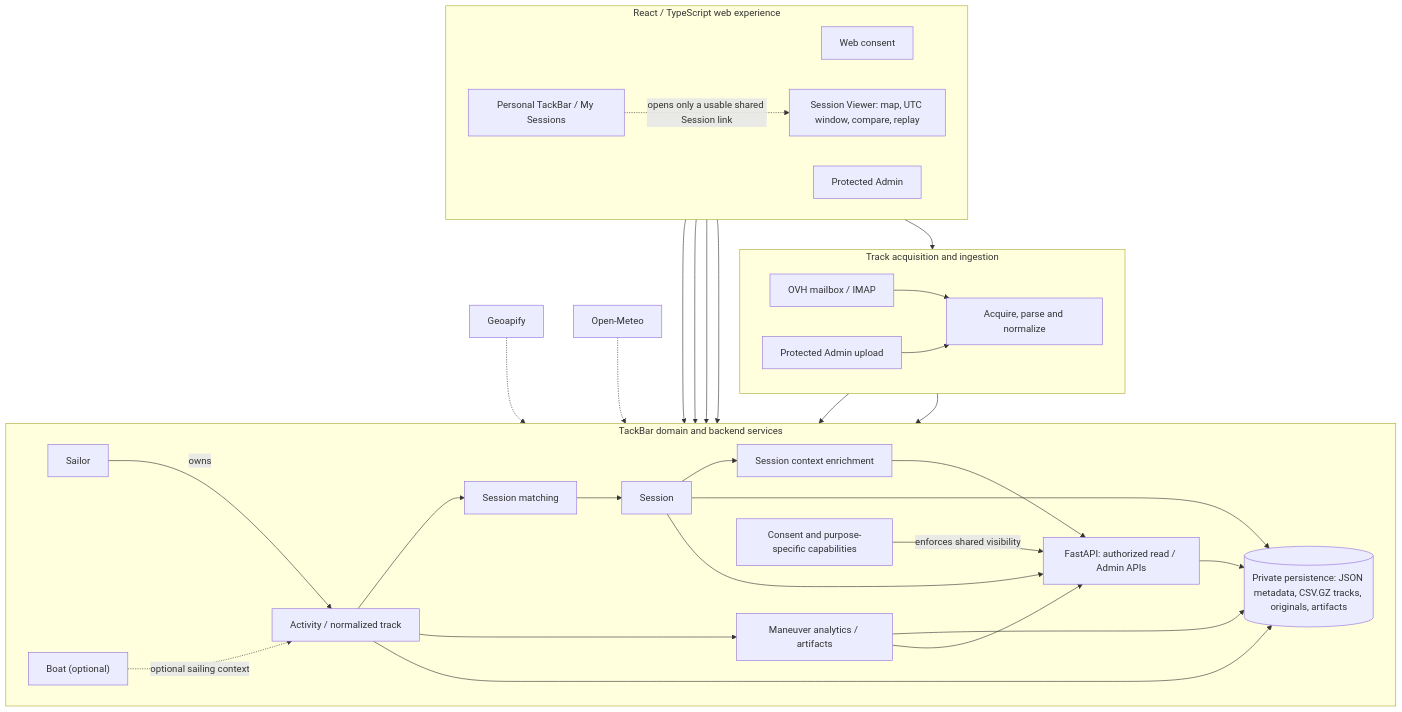
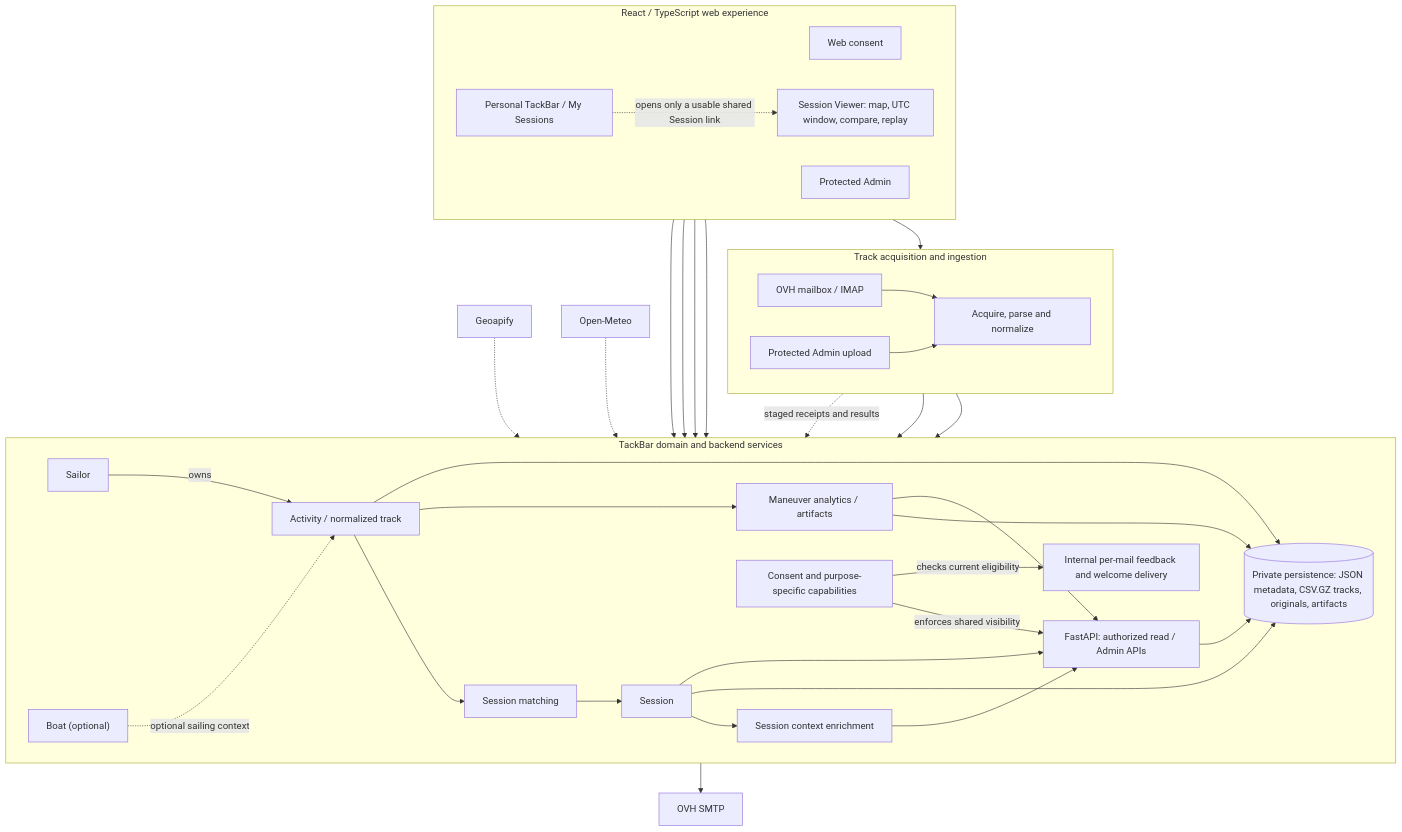
One commit to maxsail-project/tackbar changed the diagram in docs/current/solution-overview.md. Above: the diagram before and after it, drawn with Mermaid. The commit also changed other lines of this file and 18 other files, not shown here.

First line of the commit message:
feat(ingestion): consolidate mail feedback and consent delivery

````diff
--- a/docs/current/solution-overview.md
+++ b/docs/current/solution-overview.md
@@ -18,59 +18,64 @@
 ```mermaid
 flowchart TB
   subgraph ACQUISITION["Track acquisition and ingestion"]
     direction LR
     OVH["OVH mailbox / IMAP"]
     UPLOAD["Protected Admin upload"]
     PIPE["Acquire, parse and normalize"]
     OVH --> PIPE
     UPLOAD --> PIPE
   end
 
   subgraph CORE["TackBar domain and backend services"]
     direction LR
     SAILOR["Sailor"]
     BOAT["Boat (optional)"]
     ACT["Activity / normalized track"]
     MATCH["Session matching"]
     SES["Session"]
     ANALYTICS["Maneuver analytics / artifacts"]
     CONTEXT["Session context enrichment"]
     ACCESS["Consent and purpose-specific capabilities"]
+    FEEDBACK["Internal per-mail feedback and welcome delivery"]
     API["FastAPI: authorized read / Admin APIs"]
     STORE[("Private persistence: JSON metadata, CSV.GZ tracks, originals, artifacts")]
 
     SAILOR -->|"owns"| ACT
     BOAT -.->|"optional sailing context"| ACT
     ACT --> MATCH --> SES
     ACT --> ANALYTICS
     SES --> CONTEXT
     ACT --> STORE
     SES --> STORE
     ANALYTICS --> STORE
     ACCESS -->|"enforces shared visibility"| API
+    ACCESS -->|"checks current eligibility"| FEEDBACK
+    PIPE -.->|"staged receipts and results"| FEEDBACK
     SES --> API
     ANALYTICS --> API
     CONTEXT --> API
     API --> STORE
   end
 
   subgraph WEB["React / TypeScript web experience"]
     direction LR
     CONSENT["Web consent"]
     PERSONAL["Personal TackBar / My Sessions"]
     VIEWER["Session Viewer: map, UTC window, compare, replay"]
     ADMIN["Protected Admin"]
   end
 
   PIPE --> ACT
   PIPE --> STORE
   CONSENT --> ACCESS
   PERSONAL --> API
   VIEWER --> API
   ADMIN --> API
   ADMIN --> UPLOAD
   PERSONAL -.->|"opens only a usable shared Session link"| VIEWER
 
+  FEEDBACK --> SMTP["OVH SMTP"]
+
   GEO["Geoapify"] -.-> CONTEXT
   METEO["Open-Meteo"] -.-> CONTEXT
 ```
````
